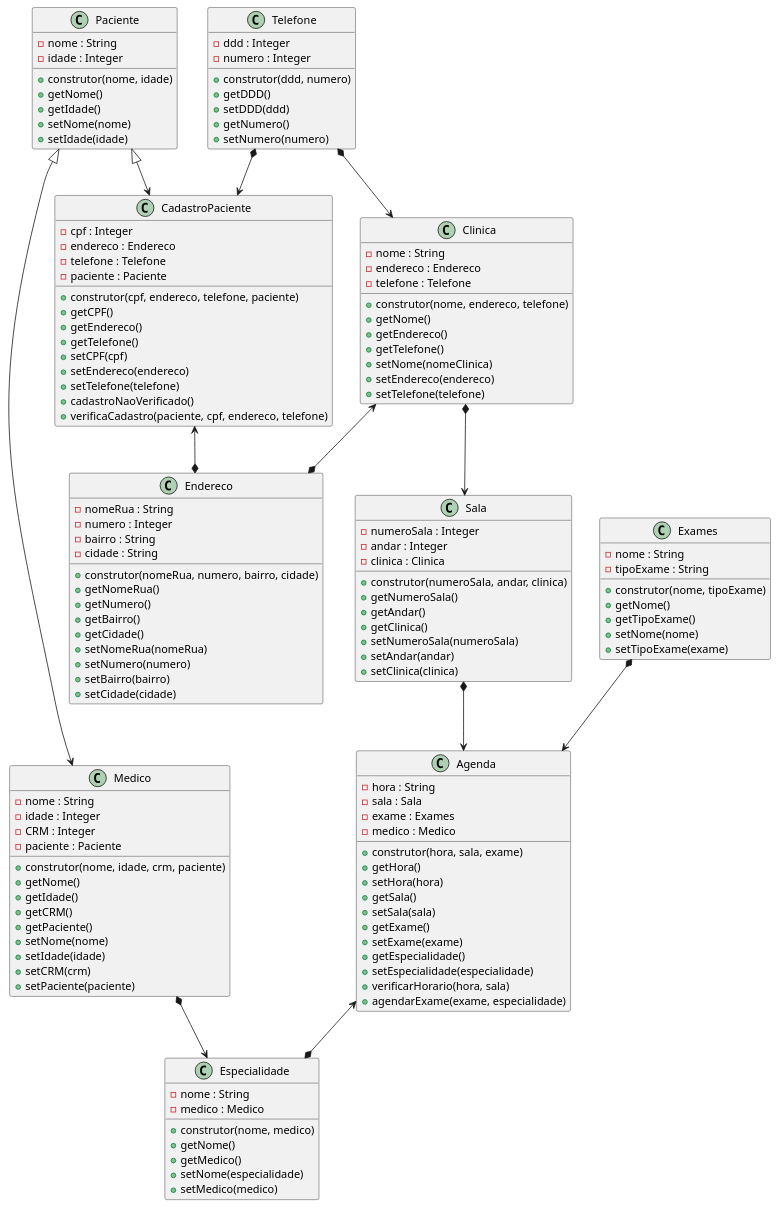
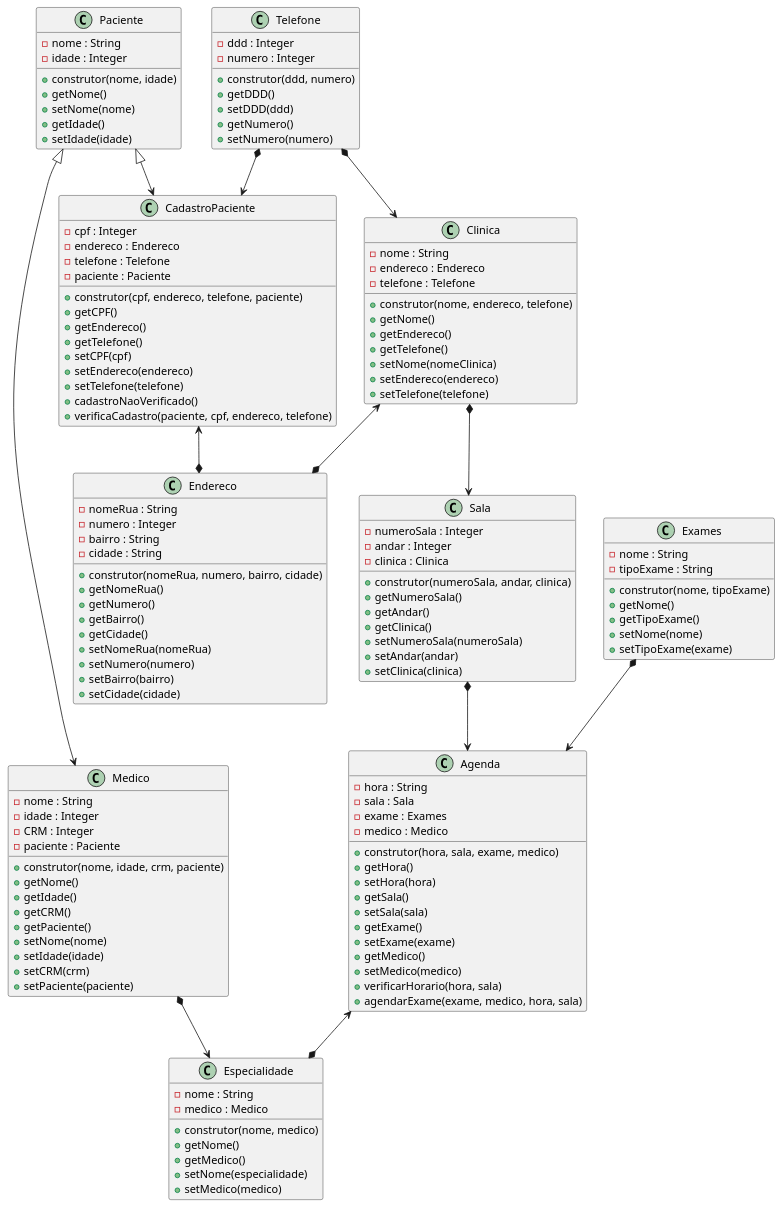
One commit to anleaes/2022-1-N2-POO-03 changed the diagram in diagrama.plantuml. Above: the diagram before and after it, drawn with PlantUML.

Commit message:
ajustado ordem dos gets e sets na classe paciente

```diff
--- a/diagrama.plantuml
+++ b/diagrama.plantuml
@@ -1,147 +1,147 @@
 @startuml Gerenciamento de Exames Medicos
 
     class Agenda{
         - hora : String
         - sala : Sala
         - exame : Exames
         - medico : Medico
-        + construtor(hora, sala, exame)
+        + construtor(hora, sala, exame, medico)
         + getHora()
         + setHora(hora)
         + getSala()
         + setSala(sala)
         + getExame()
         + setExame(exame)
-        + getEspecialidade()
-        + setEspecialidade(especialidade)
+        + getMedico()
+        + setMedico(medico)
         + verificarHorario(hora, sala)
-        + agendarExame(exame, especialidade)
+        + agendarExame(exame, medico, hora, sala)
     }
 
     class Paciente{
         - nome : String
         - idade : Integer
         + construtor(nome, idade)
         + getNome()
+        + setNome(nome)
         + getIdade()
-        + setNome(nome)
         + setIdade(idade)
     }
 
     class CadastroPaciente{
         - cpf : Integer
         - endereco : Endereco
         - telefone : Telefone
         - paciente : Paciente
         + construtor(cpf, endereco, telefone, paciente)
         + getCPF()
         + getEndereco()
         + getTelefone()
         + setCPF(cpf)
         + setEndereco(endereco)
         + setTelefone(telefone)
         + cadastroNaoVerificado()
         + verificaCadastro(paciente, cpf, endereco, telefone)
     }
 
     class Medico{
         - nome : String
         - idade : Integer
         - CRM : Integer
         - paciente : Paciente
         + construtor(nome, idade, crm, paciente)
         + getNome()
         + getIdade()
         + getCRM()
         + getPaciente()
         + setNome(nome)
         + setIdade(idade)
         + setCRM(crm)
         + setPaciente(paciente)
     }
 
     class Exames{
         - nome : String
         - tipoExame : String
         + construtor(nome, tipoExame)
         + getNome()
         + getTipoExame()
         + setNome(nome)
         + setTipoExame(exame)
     }
 
     class Especialidade{
         - nome : String
         - medico : Medico
         + construtor(nome, medico)
         + getNome()
         + getMedico()
         + setNome(especialidade)
         + setMedico(medico)
     }
 
     class Clinica{
         - nome : String
         - endereco : Endereco
         - telefone : Telefone
         + construtor(nome, endereco, telefone)
         + getNome()
         + getEndereco()
         + getTelefone()
         + setNome(nomeClinica)
         + setEndereco(endereco)
         + setTelefone(telefone)
     }
 
     class Sala{
         - numeroSala : Integer
         - andar : Integer
         - clinica : Clinica
         + construtor(numeroSala, andar, clinica)
         + getNumeroSala()
         + getAndar()
         + getClinica()
         + setNumeroSala(numeroSala)
         + setAndar(andar)
         + setClinica(clinica)
     }
 
     class Endereco{
         - nomeRua : String
         - numero : Integer
         - bairro : String
         - cidade : String
         + construtor(nomeRua, numero, bairro, cidade)
         + getNomeRua()
         + getNumero()
         + getBairro()
         + getCidade()
         + setNomeRua(nomeRua)
         + setNumero(numero)
         + setBairro(bairro)
         + setCidade(cidade)
     }
 
     class Telefone{
         - ddd : Integer
         - numero : Integer
         + construtor(ddd, numero)
         + getDDD()
         + setDDD(ddd)
         + getNumero()
         + setNumero(numero)
     }
 
     Paciente <|--> CadastroPaciente
     Paciente <|--> Medico
     Medico *--> Especialidade
     Exames *--> Agenda
     Sala *--> Agenda
     Agenda <--* Especialidade
     Clinica *--> Sala
     Clinica <--* Endereco
     CadastroPaciente <--* Endereco
     Telefone *--> Clinica
     Telefone *--> CadastroPaciente
 
 @enduml
```
